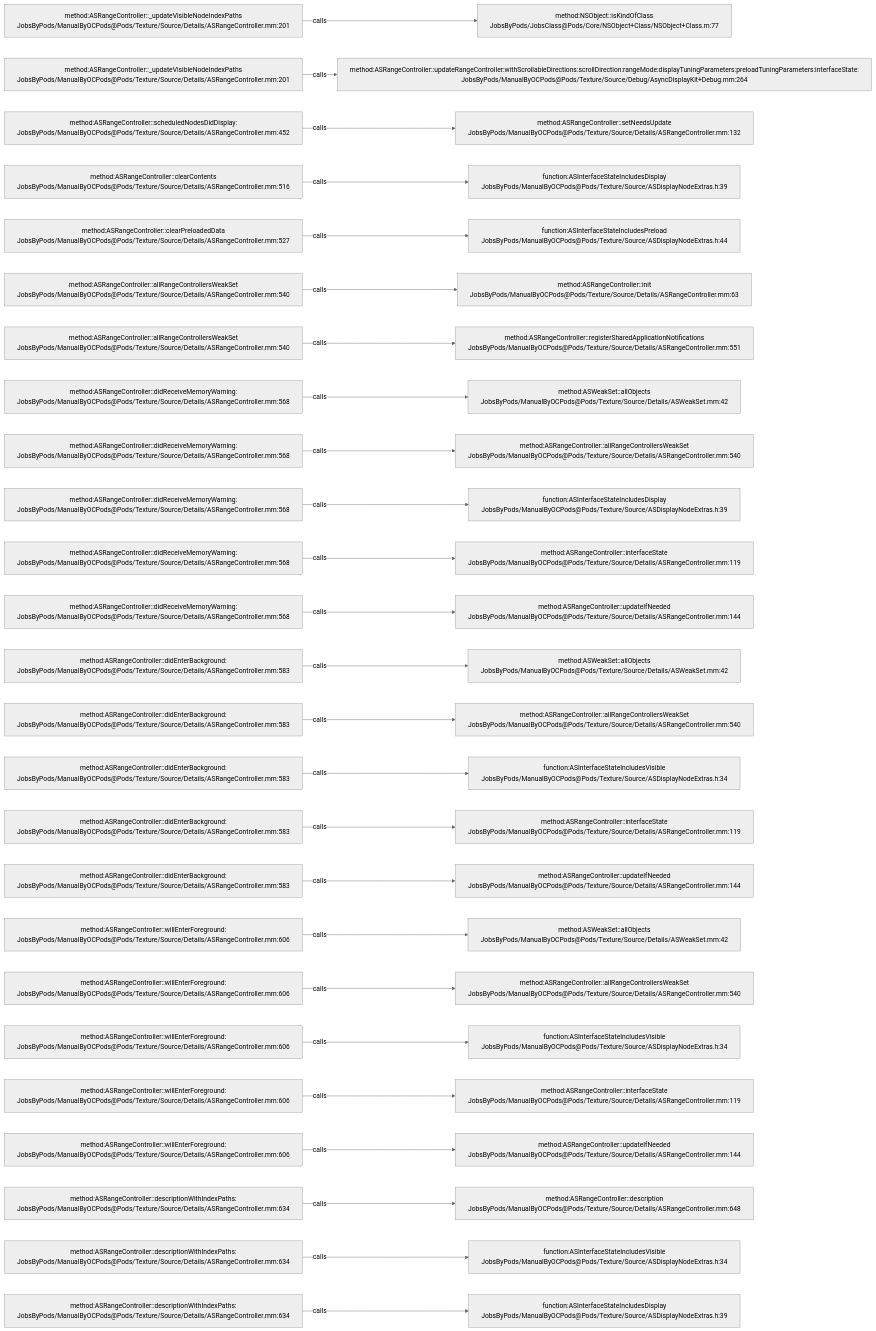
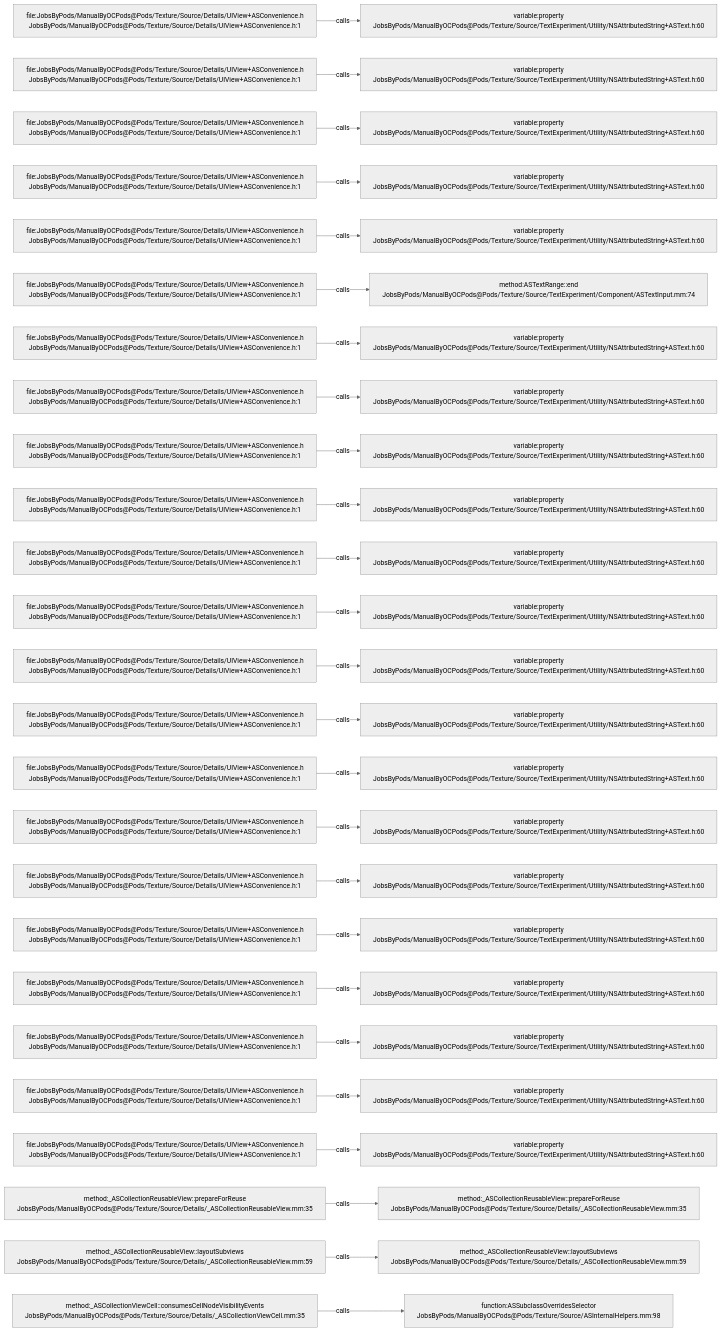
One commit to JobsKits/JobsOCBaseConfigDemo changed the diagram in .codegraph/codegraph.md/graphs/calls-172.md. Above: the diagram before and after it, drawn with Mermaid (neutral theme). The commit also changed 1223 other files, not shown here.

````diff
--- a/.codegraph/codegraph.md/graphs/calls-172.md
+++ b/.codegraph/codegraph.md/graphs/calls-172.md
@@ -13,78 +13,78 @@
 ```mermaid
 flowchart LR
-  S1["method:ASRangeController::_updateVisibleNodeIndexPaths<br/>JobsByPods/ManualByOCPods@Pods/Texture/Source/Details/ASRangeController.mm:201"]
-  T1["method:NSObject::isKindOfClass<br/>JobsByPods/JobsClass@Pods/Core/NSObject+Class/NSObject+Class.m:77"]
+  S1["file:JobsByPods/ManualByOCPods@Pods/Texture/Source/Details/UIView+ASConvenience.h<br/>JobsByPods/ManualByOCPods@Pods/Texture/Source/Details/UIView+ASConvenience.h:1"]
+  T1["variable:property<br/>JobsByPods/ManualByOCPods@Pods/Texture/Source/TextExperiment/Utility/NSAttributedString+ASText.h:60"]
   S1 -->|calls| T1
-  S2["method:ASRangeController::_updateVisibleNodeIndexPaths<br/>JobsByPods/ManualByOCPods@Pods/Texture/Source/Details/ASRangeController.mm:201"]
-  T2["method:ASRangeController::updateRangeController:withScrollableDirections:scrollDirection:rangeMode:displayTuningParameters:preloadTuningParameters:interfaceState:<br/>JobsByPods/ManualByOCPods@Pods/Texture/Source/Debug/AsyncDisplayKit+Debug.mm:264"]
+  S2["file:JobsByPods/ManualByOCPods@Pods/Texture/Source/Details/UIView+ASConvenience.h<br/>JobsByPods/ManualByOCPods@Pods/Texture/Source/Details/UIView+ASConvenience.h:1"]
+  T2["variable:property<br/>JobsByPods/ManualByOCPods@Pods/Texture/Source/TextExperiment/Utility/NSAttributedString+ASText.h:60"]
   S2 -->|calls| T2
-  S3["method:ASRangeController::scheduledNodesDidDisplay:<br/>JobsByPods/ManualByOCPods@Pods/Texture/Source/Details/ASRangeController.mm:452"]
-  T3["method:ASRangeController::setNeedsUpdate<br/>JobsByPods/ManualByOCPods@Pods/Texture/Source/Details/ASRangeController.mm:132"]
+  S3["file:JobsByPods/ManualByOCPods@Pods/Texture/Source/Details/UIView+ASConvenience.h<br/>JobsByPods/ManualByOCPods@Pods/Texture/Source/Details/UIView+ASConvenience.h:1"]
+  T3["variable:property<br/>JobsByPods/ManualByOCPods@Pods/Texture/Source/TextExperiment/Utility/NSAttributedString+ASText.h:60"]
   S3 -->|calls| T3
-  S4["method:ASRangeController::clearContents<br/>JobsByPods/ManualByOCPods@Pods/Texture/Source/Details/ASRangeController.mm:516"]
-  T4["function:ASInterfaceStateIncludesDisplay<br/>JobsByPods/ManualByOCPods@Pods/Texture/Source/ASDisplayNodeExtras.h:39"]
+  S4["file:JobsByPods/ManualByOCPods@Pods/Texture/Source/Details/UIView+ASConvenience.h<br/>JobsByPods/ManualByOCPods@Pods/Texture/Source/Details/UIView+ASConvenience.h:1"]
+  T4["variable:property<br/>JobsByPods/ManualByOCPods@Pods/Texture/Source/TextExperiment/Utility/NSAttributedString+ASText.h:60"]
   S4 -->|calls| T4
-  S5["method:ASRangeController::clearPreloadedData<br/>JobsByPods/ManualByOCPods@Pods/Texture/Source/Details/ASRangeController.mm:527"]
-  T5["function:ASInterfaceStateIncludesPreload<br/>JobsByPods/ManualByOCPods@Pods/Texture/Source/ASDisplayNodeExtras.h:44"]
+  S5["file:JobsByPods/ManualByOCPods@Pods/Texture/Source/Details/UIView+ASConvenience.h<br/>JobsByPods/ManualByOCPods@Pods/Texture/Source/Details/UIView+ASConvenience.h:1"]
+  T5["variable:property<br/>JobsByPods/ManualByOCPods@Pods/Texture/Source/TextExperiment/Utility/NSAttributedString+ASText.h:60"]
   S5 -->|calls| T5
-  S6["method:ASRangeController::allRangeControllersWeakSet<br/>JobsByPods/ManualByOCPods@Pods/Texture/Source/Details/ASRangeController.mm:540"]
-  T6["method:ASRangeController::init<br/>JobsByPods/ManualByOCPods@Pods/Texture/Source/Details/ASRangeController.mm:63"]
+  S6["file:JobsByPods/ManualByOCPods@Pods/Texture/Source/Details/UIView+ASConvenience.h<br/>JobsByPods/ManualByOCPods@Pods/Texture/Source/Details/UIView+ASConvenience.h:1"]
+  T6["method:ASTextRange::end<br/>JobsByPods/ManualByOCPods@Pods/Texture/Source/TextExperiment/Component/ASTextInput.mm:74"]
   S6 -->|calls| T6
-  S7["method:ASRangeController::allRangeControllersWeakSet<br/>JobsByPods/ManualByOCPods@Pods/Texture/Source/Details/ASRangeController.mm:540"]
-  T7["method:ASRangeController::registerSharedApplicationNotifications<br/>JobsByPods/ManualByOCPods@Pods/Texture/Source/Details/ASRangeController.mm:551"]
+  S7["file:JobsByPods/ManualByOCPods@Pods/Texture/Source/Details/UIView+ASConvenience.h<br/>JobsByPods/ManualByOCPods@Pods/Texture/Source/Details/UIView+ASConvenience.h:1"]
+  T7["variable:property<br/>JobsByPods/ManualByOCPods@Pods/Texture/Source/TextExperiment/Utility/NSAttributedString+ASText.h:60"]
   S7 -->|calls| T7
-  S8["method:ASRangeController::didReceiveMemoryWarning:<br/>JobsByPods/ManualByOCPods@Pods/Texture/Source/Details/ASRangeController.mm:568"]
-  T8["method:ASWeakSet::allObjects<br/>JobsByPods/ManualByOCPods@Pods/Texture/Source/Details/ASWeakSet.mm:42"]
+  S8["file:JobsByPods/ManualByOCPods@Pods/Texture/Source/Details/UIView+ASConvenience.h<br/>JobsByPods/ManualByOCPods@Pods/Texture/Source/Details/UIView+ASConvenience.h:1"]
+  T8["variable:property<br/>JobsByPods/ManualByOCPods@Pods/Texture/Source/TextExperiment/Utility/NSAttributedString+ASText.h:60"]
   S8 -->|calls| T8
-  S9["method:ASRangeController::didReceiveMemoryWarning:<br/>JobsByPods/ManualByOCPods@Pods/Texture/Source/Details/ASRangeController.mm:568"]
-  T9["method:ASRangeController::allRangeControllersWeakSet<br/>JobsByPods/ManualByOCPods@Pods/Texture/Source/Details/ASRangeController.mm:540"]
+  S9["file:JobsByPods/ManualByOCPods@Pods/Texture/Source/Details/UIView+ASConvenience.h<br/>JobsByPods/ManualByOCPods@Pods/Texture/Source/Details/UIView+ASConvenience.h:1"]
+  T9["variable:property<br/>JobsByPods/ManualByOCPods@Pods/Texture/Source/TextExperiment/Utility/NSAttributedString+ASText.h:60"]
   S9 -->|calls| T9
-  S10["method:ASRangeController::didReceiveMemoryWarning:<br/>JobsByPods/ManualByOCPods@Pods/Texture/Source/Details/ASRangeController.mm:568"]
-  T10["function:ASInterfaceStateIncludesDisplay<br/>JobsByPods/ManualByOCPods@Pods/Texture/Source/ASDisplayNodeExtras.h:39"]
+  S10["file:JobsByPods/ManualByOCPods@Pods/Texture/Source/Details/UIView+ASConvenience.h<br/>JobsByPods/ManualByOCPods@Pods/Texture/Source/Details/UIView+ASConvenience.h:1"]
+  T10["variable:property<br/>JobsByPods/ManualByOCPods@Pods/Texture/Source/TextExperiment/Utility/NSAttributedString+ASText.h:60"]
   S10 -->|calls| T10
-  S11["method:ASRangeController::didReceiveMemoryWarning:<br/>JobsByPods/ManualByOCPods@Pods/Texture/Source/Details/ASRangeController.mm:568"]
-  T11["method:ASRangeController::interfaceState<br/>JobsByPods/ManualByOCPods@Pods/Texture/Source/Details/ASRangeController.mm:119"]
+  S11["file:JobsByPods/ManualByOCPods@Pods/Texture/Source/Details/UIView+ASConvenience.h<br/>JobsByPods/ManualByOCPods@Pods/Texture/Source/Details/UIView+ASConvenience.h:1"]
+  T11["variable:property<br/>JobsByPods/ManualByOCPods@Pods/Texture/Source/TextExperiment/Utility/NSAttributedString+ASText.h:60"]
   S11 -->|calls| T11
-  S12["method:ASRangeController::didReceiveMemoryWarning:<br/>JobsByPods/ManualByOCPods@Pods/Texture/Source/Details/ASRangeController.mm:568"]
-  T12["method:ASRangeController::updateIfNeeded<br/>JobsByPods/ManualByOCPods@Pods/Texture/Source/Details/ASRangeController.mm:144"]
+  S12["file:JobsByPods/ManualByOCPods@Pods/Texture/Source/Details/UIView+ASConvenience.h<br/>JobsByPods/ManualByOCPods@Pods/Texture/Source/Details/UIView+ASConvenience.h:1"]
+  T12["variable:property<br/>JobsByPods/ManualByOCPods@Pods/Texture/Source/TextExperiment/Utility/NSAttributedString+ASText.h:60"]
   S12 -->|calls| T12
-  S13["method:ASRangeController::didEnterBackground:<br/>JobsByPods/ManualByOCPods@Pods/Texture/Source/Details/ASRangeController.mm:583"]
-  T13["method:ASWeakSet::allObjects<br/>JobsByPods/ManualByOCPods@Pods/Texture/Source/Details/ASWeakSet.mm:42"]
+  S13["file:JobsByPods/ManualByOCPods@Pods/Texture/Source/Details/UIView+ASConvenience.h<br/>JobsByPods/ManualByOCPods@Pods/Texture/Source/Details/UIView+ASConvenience.h:1"]
+  T13["variable:property<br/>JobsByPods/ManualByOCPods@Pods/Texture/Source/TextExperiment/Utility/NSAttributedString+ASText.h:60"]
   S13 -->|calls| T13
-  S14["method:ASRangeController::didEnterBackground:<br/>JobsByPods/ManualByOCPods@Pods/Texture/Source/Details/ASRangeController.mm:583"]
-  T14["method:ASRangeController::allRangeControllersWeakSet<br/>JobsByPods/ManualByOCPods@Pods/Texture/Source/Details/ASRangeController.mm:540"]
+  S14["file:JobsByPods/ManualByOCPods@Pods/Texture/Source/Details/UIView+ASConvenience.h<br/>JobsByPods/ManualByOCPods@Pods/Texture/Source/Details/UIView+ASConvenience.h:1"]
+  T14["variable:property<br/>JobsByPods/ManualByOCPods@Pods/Texture/Source/TextExperiment/Utility/NSAttributedString+ASText.h:60"]
   S14 -->|calls| T14
-  S15["method:ASRangeController::didEnterBackground:<br/>JobsByPods/ManualByOCPods@Pods/Texture/Source/Details/ASRangeController.mm:583"]
-  T15["function:ASInterfaceStateIncludesVisible<br/>JobsByPods/ManualByOCPods@Pods/Texture/Source/ASDisplayNodeExtras.h:34"]
+  S15["file:JobsByPods/ManualByOCPods@Pods/Texture/Source/Details/UIView+ASConvenience.h<br/>JobsByPods/ManualByOCPods@Pods/Texture/Source/Details/UIView+ASConvenience.h:1"]
+  T15["variable:property<br/>JobsByPods/ManualByOCPods@Pods/Texture/Source/TextExperiment/Utility/NSAttributedString+ASText.h:60"]
   S15 -->|calls| T15
-  S16["method:ASRangeController::didEnterBackground:<br/>JobsByPods/ManualByOCPods@Pods/Texture/Source/Details/ASRangeController.mm:583"]
-  T16["method:ASRangeController::interfaceState<br/>JobsByPods/ManualByOCPods@Pods/Texture/Source/Details/ASRangeController.mm:119"]
+  S16["file:JobsByPods/ManualByOCPods@Pods/Texture/Source/Details/UIView+ASConvenience.h<br/>JobsByPods/ManualByOCPods@Pods/Texture/Source/Details/UIView+ASConvenience.h:1"]
+  T16["variable:property<br/>JobsByPods/ManualByOCPods@Pods/Texture/Source/TextExperiment/Utility/NSAttributedString+ASText.h:60"]
   S16 -->|calls| T16
-  S17["method:ASRangeController::didEnterBackground:<br/>JobsByPods/ManualByOCPods@Pods/Texture/Source/Details/ASRangeController.mm:583"]
-  T17["method:ASRangeController::updateIfNeeded<br/>JobsByPods/ManualByOCPods@Pods/Texture/Source/Details/ASRangeController.mm:144"]
+  S17["file:JobsByPods/ManualByOCPods@Pods/Texture/Source/Details/UIView+ASConvenience.h<br/>JobsByPods/ManualByOCPods@Pods/Texture/Source/Details/UIView+ASConvenience.h:1"]
+  T17["variable:property<br/>JobsByPods/ManualByOCPods@Pods/Texture/Source/TextExperiment/Utility/NSAttributedString+ASText.h:60"]
   S17 -->|calls| T17
-  S18["method:ASRangeController::willEnterForeground:<br/>JobsByPods/ManualByOCPods@Pods/Texture/Source/Details/ASRangeController.mm:606"]
-  T18["method:ASWeakSet::allObjects<br/>JobsByPods/ManualByOCPods@Pods/Texture/Source/Details/ASWeakSet.mm:42"]
+  S18["file:JobsByPods/ManualByOCPods@Pods/Texture/Source/Details/UIView+ASConvenience.h<br/>JobsByPods/ManualByOCPods@Pods/Texture/Source/Details/UIView+ASConvenience.h:1"]
+  T18["variable:property<br/>JobsByPods/ManualByOCPods@Pods/Texture/Source/TextExperiment/Utility/NSAttributedString+ASText.h:60"]
   S18 -->|calls| T18
-  S19["method:ASRangeController::willEnterForeground:<br/>JobsByPods/ManualByOCPods@Pods/Texture/Source/Details/ASRangeController.mm:606"]
-  T19["method:ASRangeController::allRangeControllersWeakSet<br/>JobsByPods/ManualByOCPods@Pods/Texture/Source/Details/ASRangeController.mm:540"]
+  S19["file:JobsByPods/ManualByOCPods@Pods/Texture/Source/Details/UIView+ASConvenience.h<br/>JobsByPods/ManualByOCPods@Pods/Texture/Source/Details/UIView+ASConvenience.h:1"]
+  T19["variable:property<br/>JobsByPods/ManualByOCPods@Pods/Texture/Source/TextExperiment/Utility/NSAttributedString+ASText.h:60"]
   S19 -->|calls| T19
-  S20["method:ASRangeController::willEnterForeground:<br/>JobsByPods/ManualByOCPods@Pods/Texture/Source/Details/ASRangeController.mm:606"]
-  T20["function:ASInterfaceStateIncludesVisible<br/>JobsByPods/ManualByOCPods@Pods/Texture/Source/ASDisplayNodeExtras.h:34"]
+  S20["file:JobsByPods/ManualByOCPods@Pods/Texture/Source/Details/UIView+ASConvenience.h<br/>JobsByPods/ManualByOCPods@Pods/Texture/Source/Details/UIView+ASConvenience.h:1"]
+  T20["variable:property<br/>JobsByPods/ManualByOCPods@Pods/Texture/Source/TextExperiment/Utility/NSAttributedString+ASText.h:60"]
   S20 -->|calls| T20
-  S21["method:ASRangeController::willEnterForeground:<br/>JobsByPods/ManualByOCPods@Pods/Texture/Source/Details/ASRangeController.mm:606"]
-  T21["method:ASRangeController::interfaceState<br/>JobsByPods/ManualByOCPods@Pods/Texture/Source/Details/ASRangeController.mm:119"]
+  S21["file:JobsByPods/ManualByOCPods@Pods/Texture/Source/Details/UIView+ASConvenience.h<br/>JobsByPods/ManualByOCPods@Pods/Texture/Source/Details/UIView+ASConvenience.h:1"]
+  T21["variable:property<br/>JobsByPods/ManualByOCPods@Pods/Texture/Source/TextExperiment/Utility/NSAttributedString+ASText.h:60"]
   S21 -->|calls| T21
-  S22["method:ASRangeController::willEnterForeground:<br/>JobsByPods/ManualByOCPods@Pods/Texture/Source/Details/ASRangeController.mm:606"]
-  T22["method:ASRangeController::updateIfNeeded<br/>JobsByPods/ManualByOCPods@Pods/Texture/Source/Details/ASRangeController.mm:144"]
+  S22["file:JobsByPods/ManualByOCPods@Pods/Texture/Source/Details/UIView+ASConvenience.h<br/>JobsByPods/ManualByOCPods@Pods/Texture/Source/Details/UIView+ASConvenience.h:1"]
+  T22["variable:property<br/>JobsByPods/ManualByOCPods@Pods/Texture/Source/TextExperiment/Utility/NSAttributedString+ASText.h:60"]
   S22 -->|calls| T22
-  S23["method:ASRangeController::descriptionWithIndexPaths:<br/>JobsByPods/ManualByOCPods@Pods/Texture/Source/Details/ASRangeController.mm:634"]
-  T23["method:ASRangeController::description<br/>JobsByPods/ManualByOCPods@Pods/Texture/Source/Details/ASRangeController.mm:648"]
+  S23["method:_ASCollectionReusableView::prepareForReuse<br/>JobsByPods/ManualByOCPods@Pods/Texture/Source/Details/_ASCollectionReusableView.mm:35"]
+  T23["method:_ASCollectionReusableView::prepareForReuse<br/>JobsByPods/ManualByOCPods@Pods/Texture/Source/Details/_ASCollectionReusableView.mm:35"]
   S23 -->|calls| T23
-  S24["method:ASRangeController::descriptionWithIndexPaths:<br/>JobsByPods/ManualByOCPods@Pods/Texture/Source/Details/ASRangeController.mm:634"]
-  T24["function:ASInterfaceStateIncludesVisible<br/>JobsByPods/ManualByOCPods@Pods/Texture/Source/ASDisplayNodeExtras.h:34"]
+  S24["method:_ASCollectionReusableView::layoutSubviews<br/>JobsByPods/ManualByOCPods@Pods/Texture/Source/Details/_ASCollectionReusableView.mm:59"]
+  T24["method:_ASCollectionReusableView::layoutSubviews<br/>JobsByPods/ManualByOCPods@Pods/Texture/Source/Details/_ASCollectionReusableView.mm:59"]
   S24 -->|calls| T24
-  S25["method:ASRangeController::descriptionWithIndexPaths:<br/>JobsByPods/ManualByOCPods@Pods/Texture/Source/Details/ASRangeController.mm:634"]
-  T25["function:ASInterfaceStateIncludesDisplay<br/>JobsByPods/ManualByOCPods@Pods/Texture/Source/ASDisplayNodeExtras.h:39"]
+  S25["method:_ASCollectionViewCell::consumesCellNodeVisibilityEvents<br/>JobsByPods/ManualByOCPods@Pods/Texture/Source/Details/_ASCollectionViewCell.mm:35"]
+  T25["function:ASSubclassOverridesSelector<br/>JobsByPods/ManualByOCPods@Pods/Texture/Source/ASInternalHelpers.mm:98"]
   S25 -->|calls| T25
 ```
````
